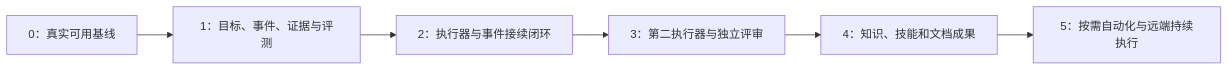
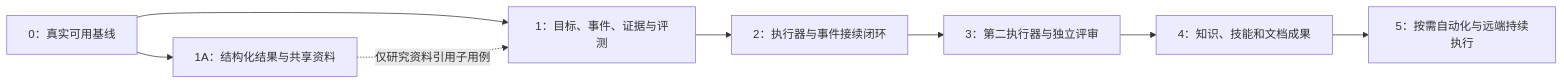
One commit to aa15119557034/agent-review-room changed the diagram in docs/phase2-候选任务.md. Above: the diagram before and after it, drawn with Mermaid. The commit also changed other lines of this file and 4 other files, not shown here.

````diff
--- a/docs/phase2-候选任务.md
+++ b/docs/phase2-候选任务.md
@@ -25,8 +28,10 @@
 ```mermaid
 flowchart LR
- A[0：真实可用基线] --> B[1：目标、事件、证据与评测]
+ A[0：真实可用基线] --> G[1A：结构化结果与共享资料]
+ A --> B[1：目标、事件、证据与评测]
+ G -. 仅研究资料引用子用例 .-> B
  B --> C[2：执行器与事件接续闭环]
  C --> D[3：第二执行器与独立评审]
  D --> E[4：知识、技能和文档成果]
  E --> F[5：按需自动化与远端持续执行]
 ```
````
